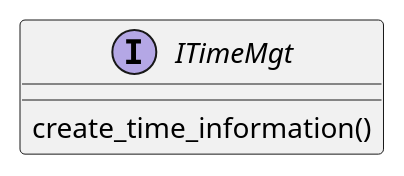
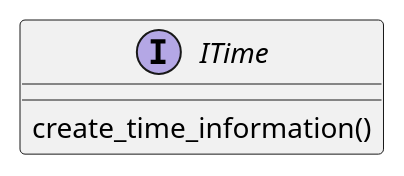
Before and after one commit to bugagashen6ka/quark: the fifth of 14 diagrams in doc/notes_interfaces.org, drawn with PlantUML. The commit also changed other lines of this file and 4 other files, not shown here.

```diff
--- a/doc/notes_interfaces.org
+++ b/doc/notes_interfaces.org
@@ -30,5 +33,5 @@
   #+begin_src plantuml :file ./itime.png
-  interface ITimeMgt {
+  interface ITime {
     create_time_information()
   }
   #+END_src
```
